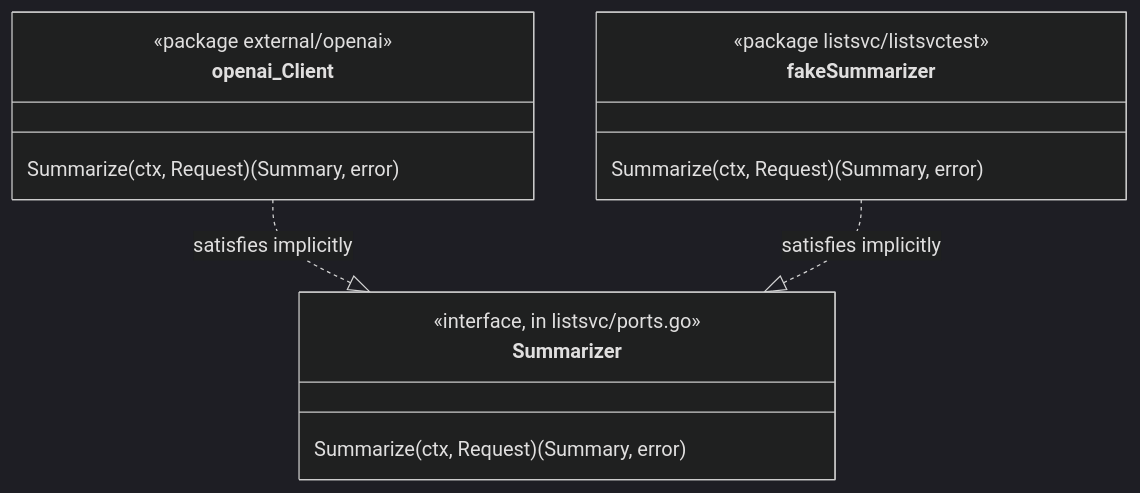
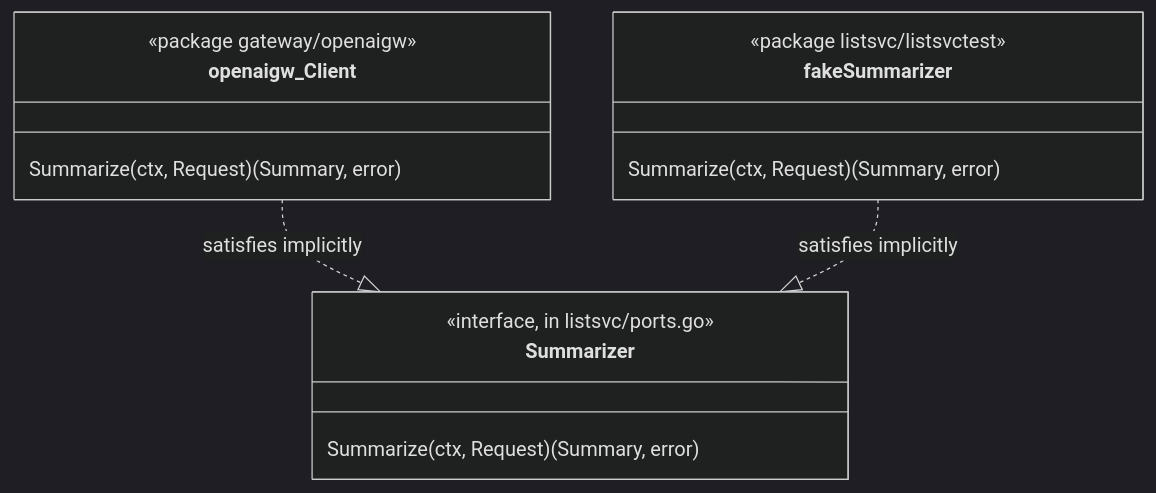
One commit to vsheshjain/code-taste-golang changed the second of 2 diagrams in skills/code-taste-golang/docs/architecture/README.md. Above: the diagram before and after it, drawn with Mermaid (dark theme). The commit also changed other lines of this file and 19 other files, not shown here.

First line of the commit message:
Rename adapter folders to delivery/ and gateway/, add architecture diagrams

````diff
--- a/skills/code-taste-golang/docs/architecture/README.md
+++ b/skills/code-taste-golang/docs/architecture/README.md
@@ -29,17 +29,17 @@
 ```mermaid
 classDiagram
     class Summarizer {
         <<interface, in listsvc/ports.go>>
         Summarize(ctx, Request) (Summary, error)
     }
-    class openai_Client {
-        <<package external/openai>>
+    class openaigw_Client {
+        <<package gateway/openaigw>>
         Summarize(ctx, Request) (Summary, error)
     }
     class fakeSummarizer {
         <<package listsvc/listsvctest>>
         Summarize(ctx, Request) (Summary, error)
     }
-    openai_Client ..|> Summarizer : satisfies implicitly
+    openaigw_Client ..|> Summarizer : satisfies implicitly
     fakeSummarizer ..|> Summarizer : satisfies implicitly
 ```
````
